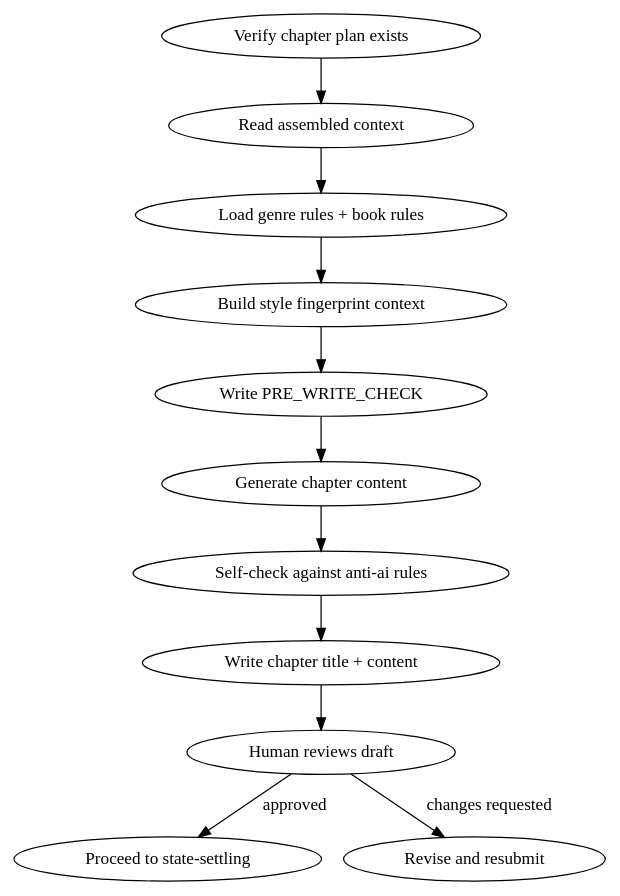
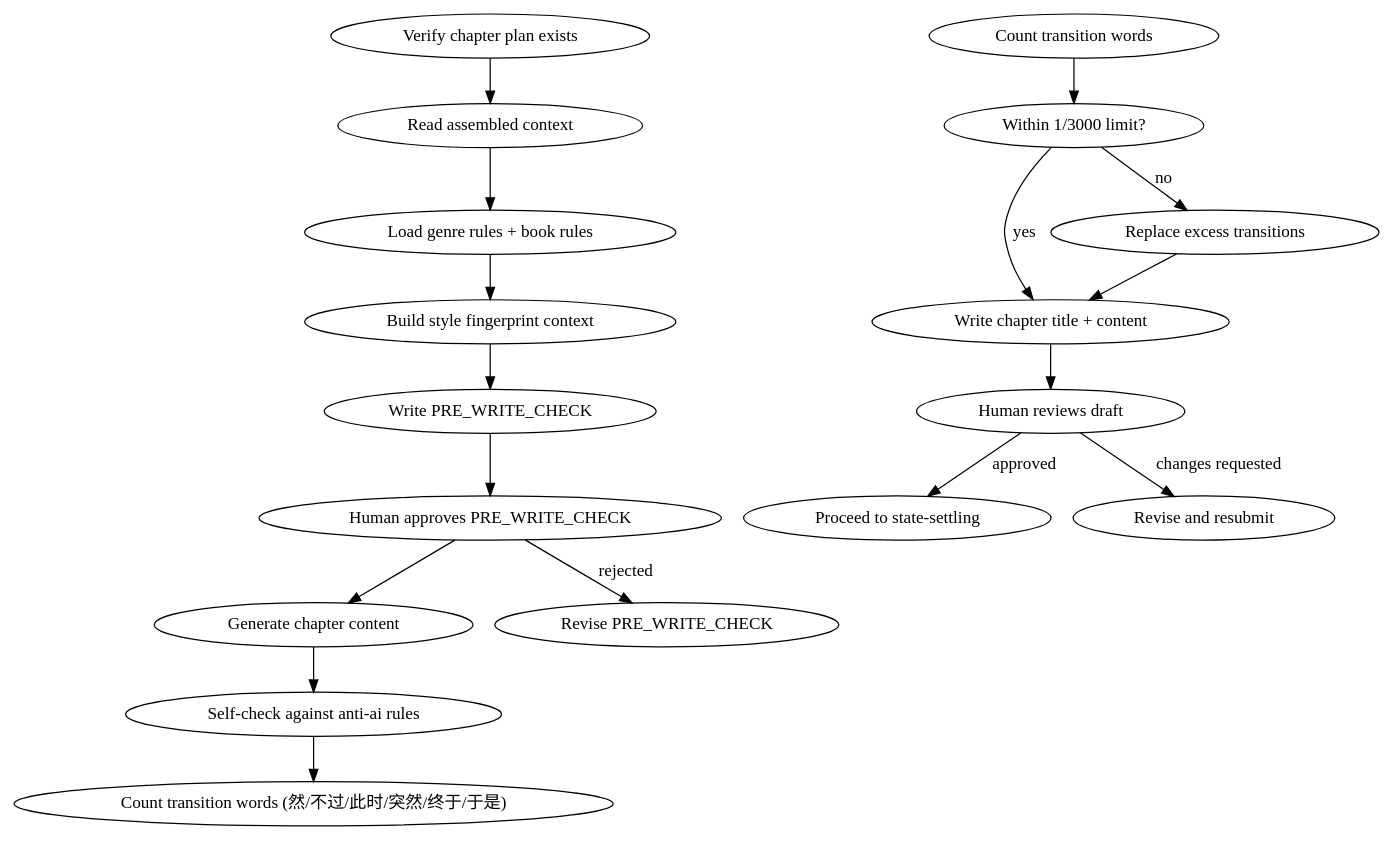
Before and after one commit to ThomasChangX/shenbi: the diagram in skills/shenbi-chapter-drafting/SKILL.md, drawn with Graphviz. The commit also changed other lines of this file and 7 other files, not shown here.

````diff
--- a/skills/shenbi-chapter-drafting/SKILL.md
+++ b/skills/shenbi-chapter-drafting/SKILL.md
@@ -12,14 +12,20 @@
 ```dot
 digraph chapter_drafting {
     "Verify chapter plan exists" -> "Read assembled context";
     "Read assembled context" -> "Load genre rules + book rules";
     "Load genre rules + book rules" -> "Build style fingerprint context";
     "Build style fingerprint context" -> "Write PRE_WRITE_CHECK";
-    "Write PRE_WRITE_CHECK" -> "Generate chapter content";
+    "Write PRE_WRITE_CHECK" -> "Human approves PRE_WRITE_CHECK";
+    "Human approves PRE_WRITE_CHECK" -> "Generate chapter content";
+    "Human approves PRE_WRITE_CHECK" -> "Revise PRE_WRITE_CHECK" [label="rejected"];
     "Generate chapter content" -> "Self-check against anti-ai rules";
-    "Self-check against anti-ai rules" -> "Write chapter title + content";
+    "Self-check against anti-ai rules" -> "Count transition words (然/不过/此时/突然/终于/于是)";
+    "Count transition words" -> "Within 1/3000 limit?";
+    "Within 1/3000 limit?" -> "Write chapter title + content" [label="yes"];
+    "Within 1/3000 limit?" -> "Replace excess transitions" [label="no"];
+    "Replace excess transitions" -> "Write chapter title + content";
     "Write chapter title + content" -> "Human reviews draft";
     "Human reviews draft" -> "Proceed to state-settling" [label="approved"];
     "Human reviews draft" -> "Revise and resubmit" [label="changes requested"];
 }
 ```
````
